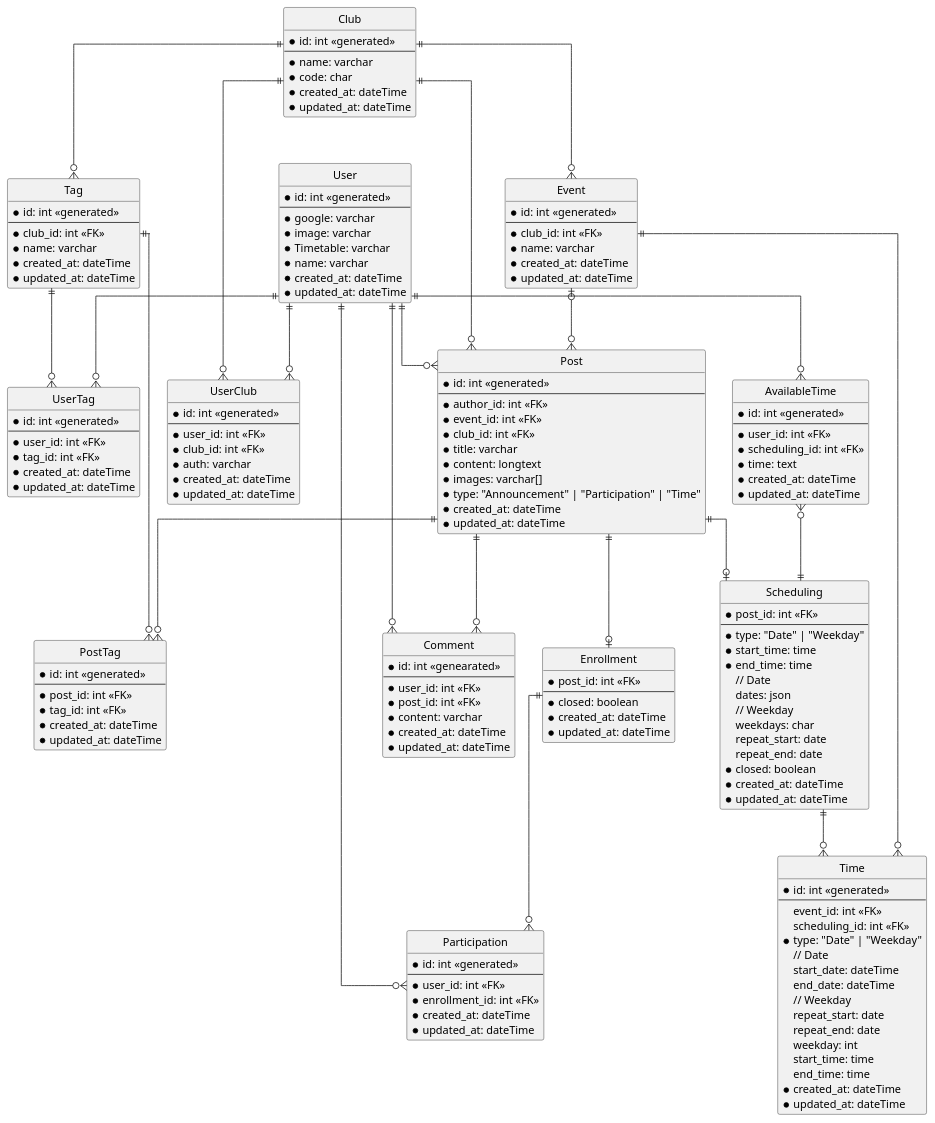
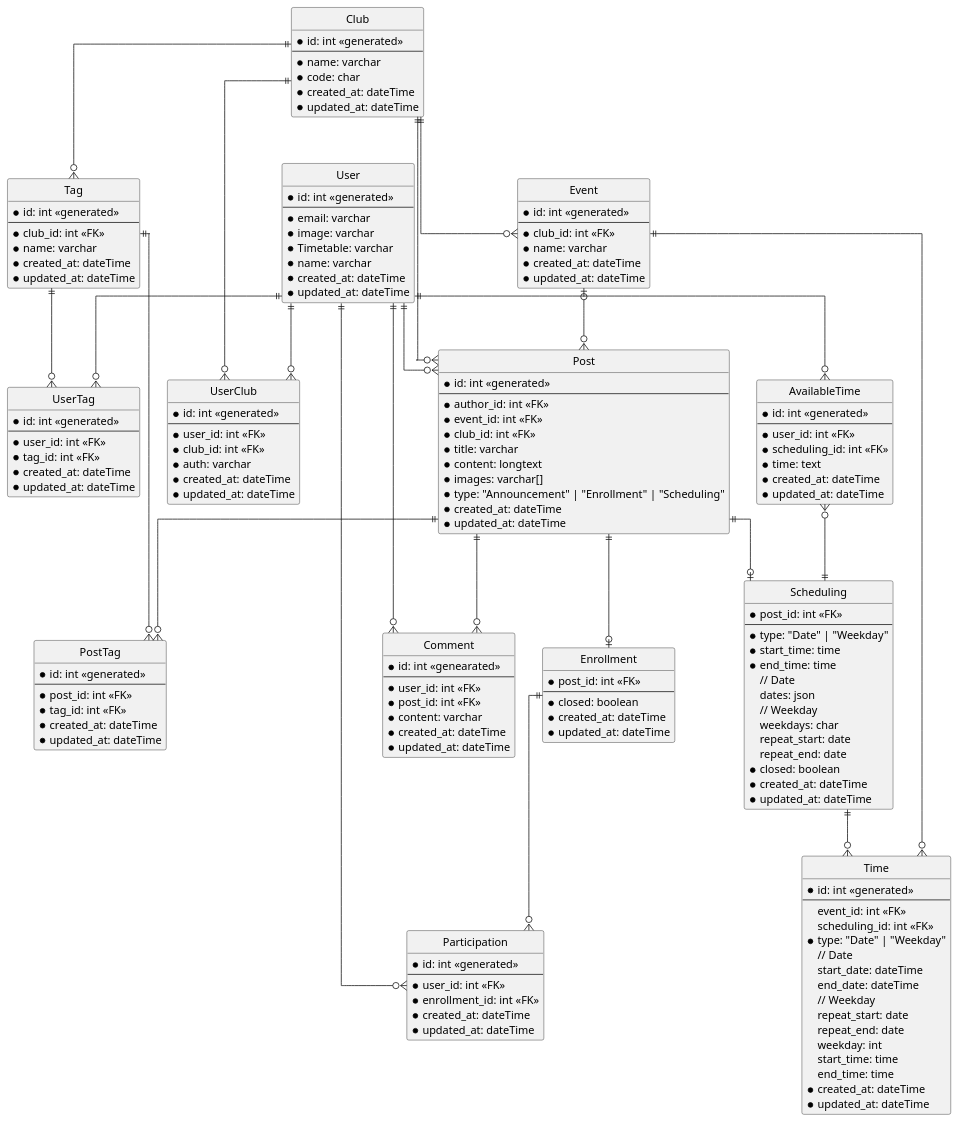
The diagram in udong-backend/docs/db-schema.puml (swsnu/swppfall2022-team1), drawn with PlantUML before and after one commit. The commit also changed 1 other file, not shown here.

Commit message:
:memo: Update schema image (#169)

```diff
--- a/udong-backend/docs/db-schema.puml
+++ b/udong-backend/docs/db-schema.puml
@@ -1,180 +1,180 @@
 @startuml Udong
 hide circle
 
 skinparam linetype ortho
 
 entity User {
   *id: int <<generated>>
   --
-  *google: varchar
+  *email: varchar
   *image: varchar
   *Timetable: varchar
   *name: varchar
   *created_at: dateTime
   *updated_at: dateTime
 }
 
 entity Club {
   *id: int <<generated>>
   --
   *name: varchar
   *code: char
   *created_at: dateTime
   *updated_at: dateTime
 }
 
 entity UserClub {
   *id: int <<generated>>
   --
   *user_id: int <<FK>>
   *club_id: int <<FK>>
   *auth: varchar
   *created_at: dateTime
   *updated_at: dateTime
 }
 
 entity Event {
   *id: int <<generated>>
   --
   *club_id: int <<FK>>
   *name: varchar
   *created_at: dateTime
   *updated_at: dateTime
 }
 
 entity Time {
   *id: int <<generated>>
   --
   event_id: int <<FK>>
   scheduling_id: int <<FK>>
   *type: "Date" | "Weekday"
   // Date
   start_date: dateTime
   end_date: dateTime
   // Weekday
   repeat_start: date
   repeat_end: date
   weekday: int
   start_time: time
   end_time: time
   *created_at: dateTime
   *updated_at: dateTime
 }
 
 entity Tag {
   *id: int <<generated>>
   --
   *club_id: int <<FK>>
   *name: varchar
   *created_at: dateTime
   *updated_at: dateTime
 }
 
 entity UserTag {
   *id: int <<generated>>
   --
   *user_id: int <<FK>>
   *tag_id: int <<FK>>
   *created_at: dateTime
   *updated_at: dateTime
 }
 
 entity Post {
   *id: int <<generated>>
   --
   *author_id: int <<FK>>
   *event_id: int <<FK>>
   *club_id: int <<FK>>
   *title: varchar
   *content: longtext
   *images: varchar[]
-  *type: "Announcement" | "Participation" | "Time"
+  *type: "Announcement" | "Enrollment" | "Scheduling"
   *created_at: dateTime
   *updated_at: dateTime
 }
 
 entity Enrollment {
   *post_id: int <<FK>>
   --
   *closed: boolean
   *created_at: dateTime
   *updated_at: dateTime
 }
 
 entity Scheduling {
   *post_id: int <<FK>>
   --
   *type: "Date" | "Weekday"
   *start_time: time
   *end_time: time
   // Date
   dates: json
   // Weekday
   weekdays: char
   repeat_start: date
   repeat_end: date
   *closed: boolean
   *created_at: dateTime
   *updated_at: dateTime
 }
 
 entity Participation {
   *id: int <<generated>>
   --
   *user_id: int <<FK>>
   *enrollment_id: int <<FK>>
   *created_at: dateTime
   *updated_at: dateTime
 }
 
 entity AvailableTime {
   *id: int <<generated>>
   --
   *user_id: int <<FK>>
   *scheduling_id: int <<FK>>
   *time: text
   *created_at: dateTime
   *updated_at: dateTime
 }
 
 entity Comment {
   *id: int <<genearated>>
   --
   *user_id: int <<FK>>
   *post_id: int <<FK>>
   *content: varchar
   *created_at: dateTime
   *updated_at: dateTime
 }
 
 entity PostTag {
   *id: int <<generated>>
   --
   *post_id: int <<FK>>
   *tag_id: int <<FK>>
   *created_at: dateTime
   *updated_at: dateTime
 }
 
 User ||--o{ UserClub
 Club ||--o{ UserClub
 Club ||--o{ Event
 Time }o-left-|| Event
 User ||--o{ UserTag
 Tag ||--o{ UserTag
 Event |o-down-o{ Post
 Post }o-up-|| User
 Enrollment |o-up-|| Post
 Scheduling |o-up-|| Post
 Scheduling ||--o{ Time
 User ||--o{ Participation
 Enrollment ||--o{ Participation
 User ||--o{ AvailableTime
 AvailableTime }o-d-|| Scheduling
 User ||--o{ Comment
 Post ||--o{ PostTag
 Tag }o-up-|| Club
 Tag ||--o{ PostTag
 Post ||--o{ Comment
 Post }o--|| Club
 @enduml
```
